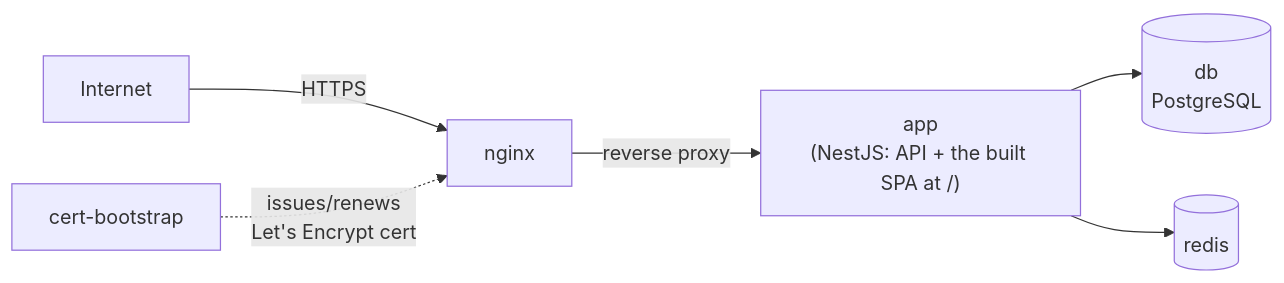
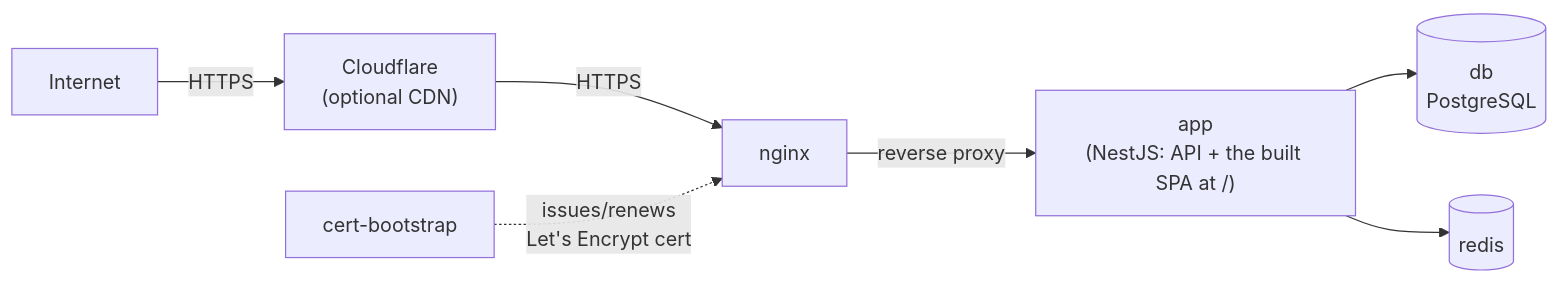
The first of 4 diagrams in docs/architecture/07-deployment.md (tareq89/biddaloy), drawn with Mermaid before and after one commit. The commit also changed other lines of this file and 2 other files, not shown here.

First line of the commit message:
[75.5] infra: only let Cloudflare reach the origin; add a catch-all default server

````diff
--- a/docs/architecture/07-deployment.md
+++ b/docs/architecture/07-deployment.md
@@ -9,8 +9,9 @@
 ```mermaid
 flowchart LR
-    Internet -->|HTTPS| nginx
+    Internet -->|HTTPS| cloudflare["Cloudflare\n(optional CDN)"]
+    cloudflare -->|HTTPS| nginx
     nginx -->|reverse proxy| app["app\n(NestJS: API + the built SPA at /)"]
     app --> db[("db\nPostgreSQL")]
     app --> redis[("redis")]
     certbootstrap["cert-bootstrap"] -.->|"issues/renews\nLet's Encrypt cert"| nginx
 ```
````
